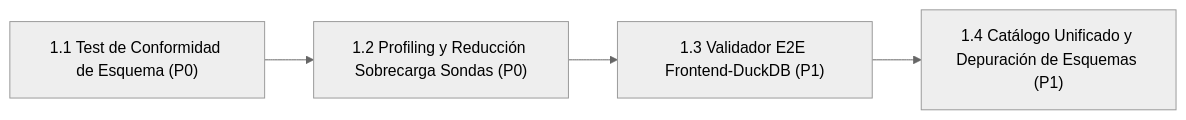
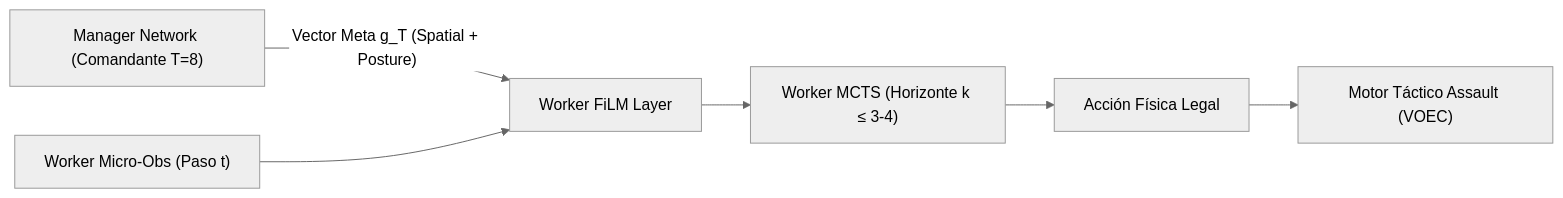
One commit to richardcc/assault-ai-pilot changed the second of 2 diagrams in docs/05_ROADMAP_EVOLUTIVO.md. Above: the diagram before and after it, drawn with Mermaid (neutral theme). The commit also changed other lines of this file and 53 other files, not shown here.

````diff
--- a/docs/05_ROADMAP_EVOLUTIVO.md
+++ b/docs/05_ROADMAP_EVOLUTIVO.md
@@ -147,6 +138,8 @@
 ```mermaid
 flowchart LR
-    T1_1["1.1 Test de Conformidad de Esquema (P0)"] --> T1_2["1.2 Profiling y Reducción Sobrecarga Sondas (P0)"]
-    T1_2 --> T1_3["1.3 Validador E2E Frontend-DuckDB (P1)"]
-    T1_3 --> T1_4["1.4 Catálogo Unificado y Depuración de Esquemas (P1)"]
+    Manager["Manager Network (Comandante T=8)"] -->|"Vector Meta g_T (Spatial + Posture)"| FiLM["Worker FiLM Layer"]
+    WorkerObs["Worker Micro-Obs (Paso t)"] --> FiLM
+    FiLM --> WorkerMCTS["Worker MCTS (Horizonte k ≤ 3-4)"]
+    WorkerMCTS --> Action["Acción Física Legal"]
+    Action --> Motor["Motor Táctico Assault (VOEC)"]
 ```
````
